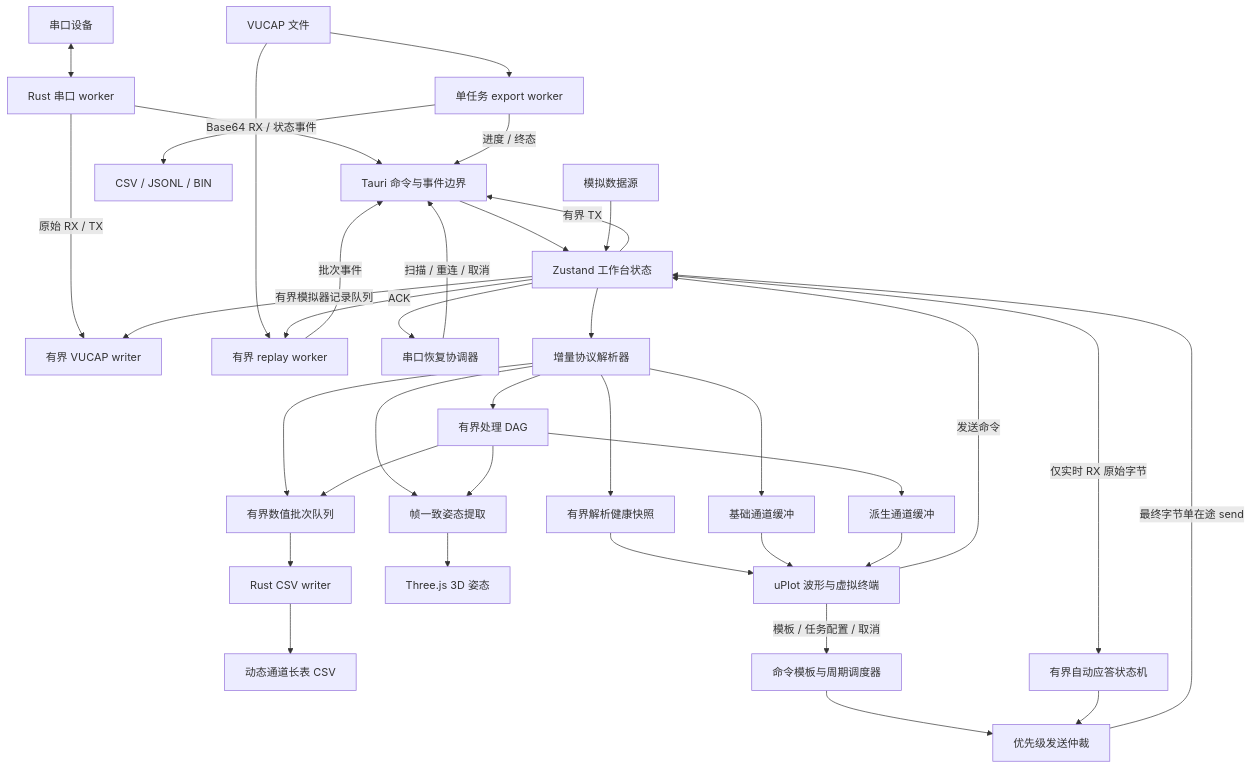
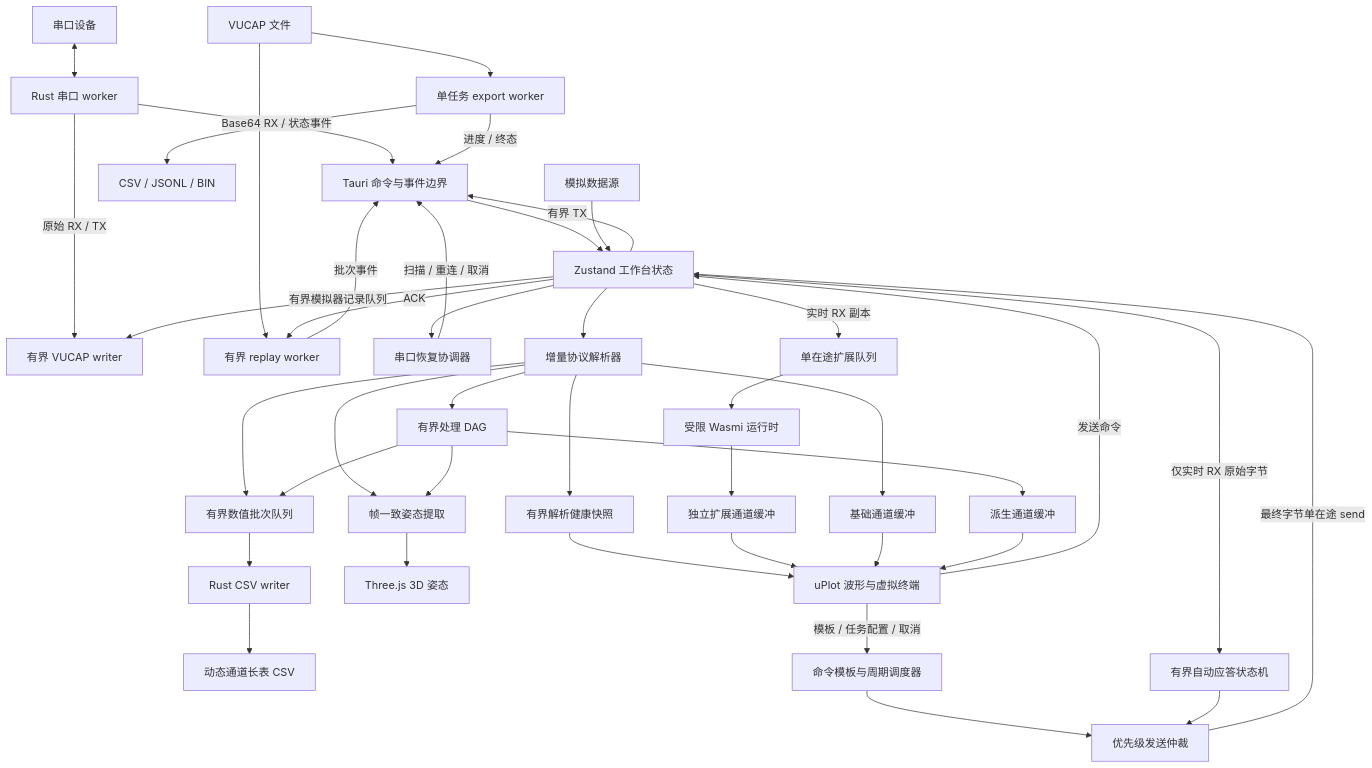
Before and after one commit to woai66/Vofa-Ultra: the first of 2 diagrams in docs/architecture.md, drawn with Mermaid. The commit also changed other lines of this file and 47 other files, not shown here.

````diff
--- a/docs/architecture.md
+++ b/docs/architecture.md
@@ -9,39 +9,43 @@
 ```mermaid
 flowchart TB
     Device[串口设备] <--> Worker[Rust 串口 worker]
     Worker -->|Base64 RX / 状态事件| Bridge[Tauri 命令与事件边界]
     Worker -->|原始 RX / TX| Recorder[有界 VUCAP writer]
     CaptureFile[VUCAP 文件] --> Replayer[有界 replay worker]
     CaptureFile --> Exporter[单任务 export worker]
     Exporter --> ExportFile[CSV / JSONL / BIN]
     Exporter -->|进度 / 终态| Bridge
     Replayer -->|批次事件| Bridge
     Store -->|ACK| Replayer
     Bridge --> Store[Zustand 工作台状态]
     Store --> Recovery[串口恢复协调器]
     Recovery -->|扫描 / 重连 / 取消| Bridge
     Store --> Parsers[增量协议解析器]
     Parsers --> Health[有界解析健康快照]
     Health --> Views
     Parsers --> RawBuffers[基础通道缓冲]
     Parsers --> Processing[有界处理 DAG]
     Processing --> DerivedBuffers[派生通道缓冲]
+    Store -->|实时 RX 副本| ExtensionQueue[单在途扩展队列]
+    ExtensionQueue --> Wasmi[受限 Wasmi 运行时]
+    Wasmi --> ExtensionBuffers[独立扩展通道缓冲]
+    ExtensionBuffers --> Views
     Parsers --> Attitude[帧一致姿态提取]
     Processing --> Attitude
     Attitude --> AttitudeView[Three.js 3D 姿态]
     Parsers --> NumericQueue[有界数值批次队列]
     Processing --> NumericQueue
     NumericQueue --> NumericWriter[Rust CSV writer]
     NumericWriter --> NumericFile[动态通道长表 CSV]
     RawBuffers --> Views[uPlot 波形与虚拟终端]
     DerivedBuffers --> Views
     Views -->|模板 / 任务配置 / 取消| Commands[命令模板与周期调度器]
     Store -->|仅实时 RX 原始字节| AutoResponder[有界自动应答状态机]
     Commands --> Arbiter[优先级发送仲裁]
     AutoResponder --> Arbiter
     Arbiter -->|最终字节单在途 send| Store
     Simulator[模拟数据源] --> Store
     Store -->|有界模拟器记录队列| Recorder
     Views -->|发送命令| Store
     Store -->|有界 TX| Bridge
 ```
````
